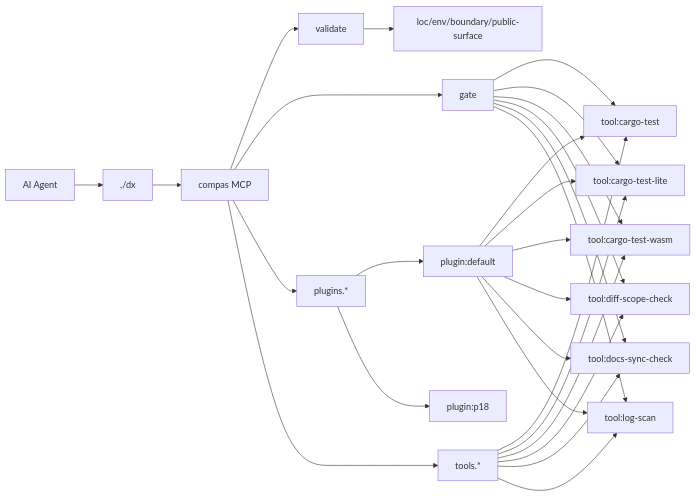
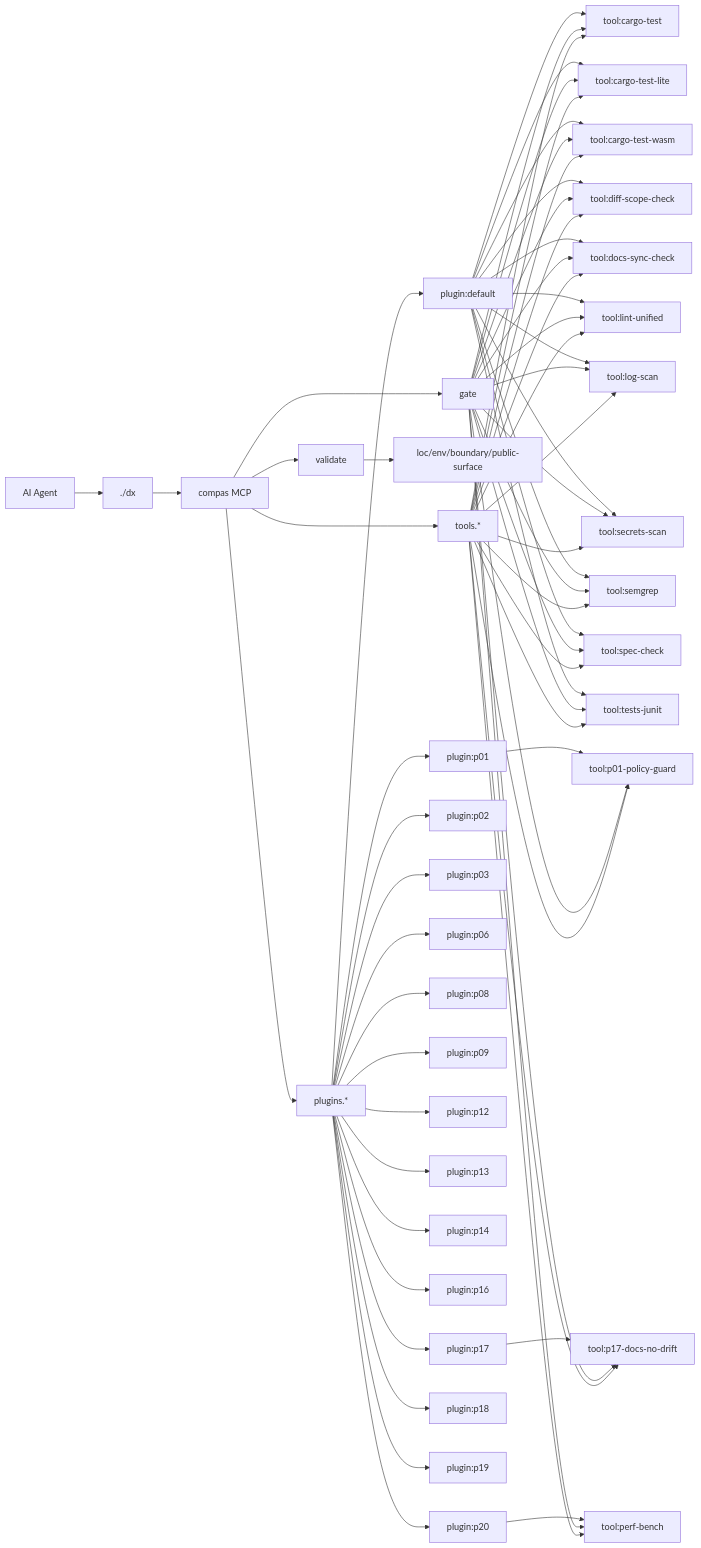
One commit to AmirTlinov/compas changed the diagram in AGENTS.md. Above: the diagram before and after it, drawn with Mermaid. The commit also changed other lines of this file and 1 other file, not shown here.

Commit message:
chore: rebase feat/p18-e2e-run_20260221_183716 on main and sync docs

````diff
--- a/AGENTS.md
+++ b/AGENTS.md
@@ -53,30 +74,67 @@
 ```mermaid
 flowchart LR
   Agent[AI Agent] --> DX[./dx]
   DX --> MCP[compas MCP]
   MCP --> V[validate]
   MCP --> G[gate]
   MCP --> PL[plugins.*]
   MCP --> TL[tools.*]
   V --> C1[loc/env/boundary/public-surface]
   PL --> P_default["plugin:default"]
   P_default --> T_cargo_test["tool:cargo-test"]
   G --> T_cargo_test
   P_default --> T_cargo_test_lite["tool:cargo-test-lite"]
   G --> T_cargo_test_lite
   P_default --> T_cargo_test_wasm["tool:cargo-test-wasm"]
   G --> T_cargo_test_wasm
   P_default --> T_diff_scope_check["tool:diff-scope-check"]
   G --> T_diff_scope_check
   P_default --> T_docs_sync_check["tool:docs-sync-check"]
   G --> T_docs_sync_check
+  P_default --> T_lint_unified["tool:lint-unified"]
+  G --> T_lint_unified
   P_default --> T_log_scan["tool:log-scan"]
   G --> T_log_scan
+  P_default --> T_secrets_scan["tool:secrets-scan"]
+  G --> T_secrets_scan
+  P_default --> T_semgrep["tool:semgrep"]
+  G --> T_semgrep
+  P_default --> T_spec_check["tool:spec-check"]
+  G --> T_spec_check
+  P_default --> T_tests_junit["tool:tests-junit"]
+  G --> T_tests_junit
+  PL --> P_p01["plugin:p01"]
+  P_p01 --> T_p01_policy_guard["tool:p01-policy-guard"]
+  G --> T_p01_policy_guard
+  PL --> P_p02["plugin:p02"]
+  PL --> P_p03["plugin:p03"]
+  PL --> P_p06["plugin:p06"]
+  PL --> P_p08["plugin:p08"]
+  PL --> P_p09["plugin:p09"]
+  PL --> P_p12["plugin:p12"]
+  PL --> P_p13["plugin:p13"]
+  PL --> P_p14["plugin:p14"]
+  PL --> P_p16["plugin:p16"]
+  PL --> P_p17["plugin:p17"]
+  P_p17 --> T_p17_docs_no_drift["tool:p17-docs-no-drift"]
+  G --> T_p17_docs_no_drift
   PL --> P_p18["plugin:p18"]
+  PL --> P_p19["plugin:p19"]
+  PL --> P_p20["plugin:p20"]
+  P_p20 --> T_perf_bench["tool:perf-bench"]
+  G --> T_perf_bench
   TL --> T_cargo_test
   TL --> T_cargo_test_lite
   TL --> T_cargo_test_wasm
   TL --> T_diff_scope_check
   TL --> T_docs_sync_check
+  TL --> T_lint_unified
   TL --> T_log_scan
+  TL --> T_p01_policy_guard
+  TL --> T_p17_docs_no_drift
+  TL --> T_perf_bench
+  TL --> T_secrets_scan
+  TL --> T_semgrep
+  TL --> T_spec_check
+  TL --> T_tests_junit
 ```
````
